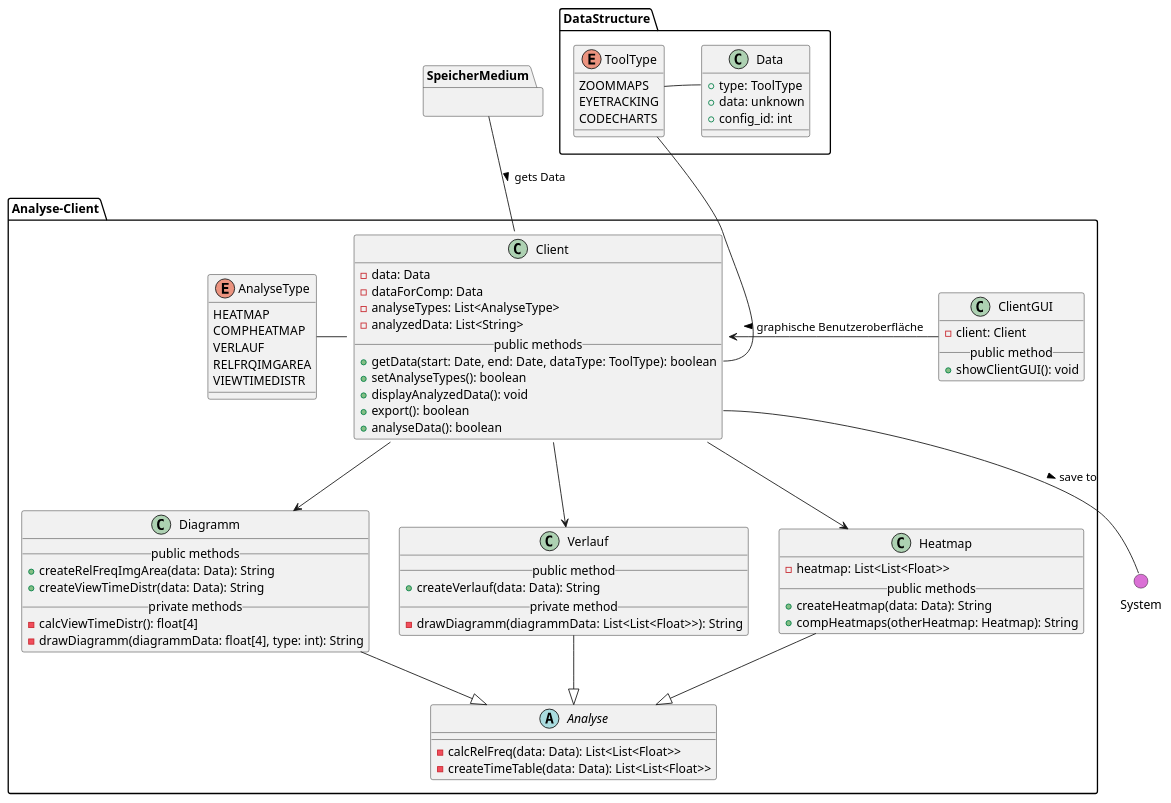
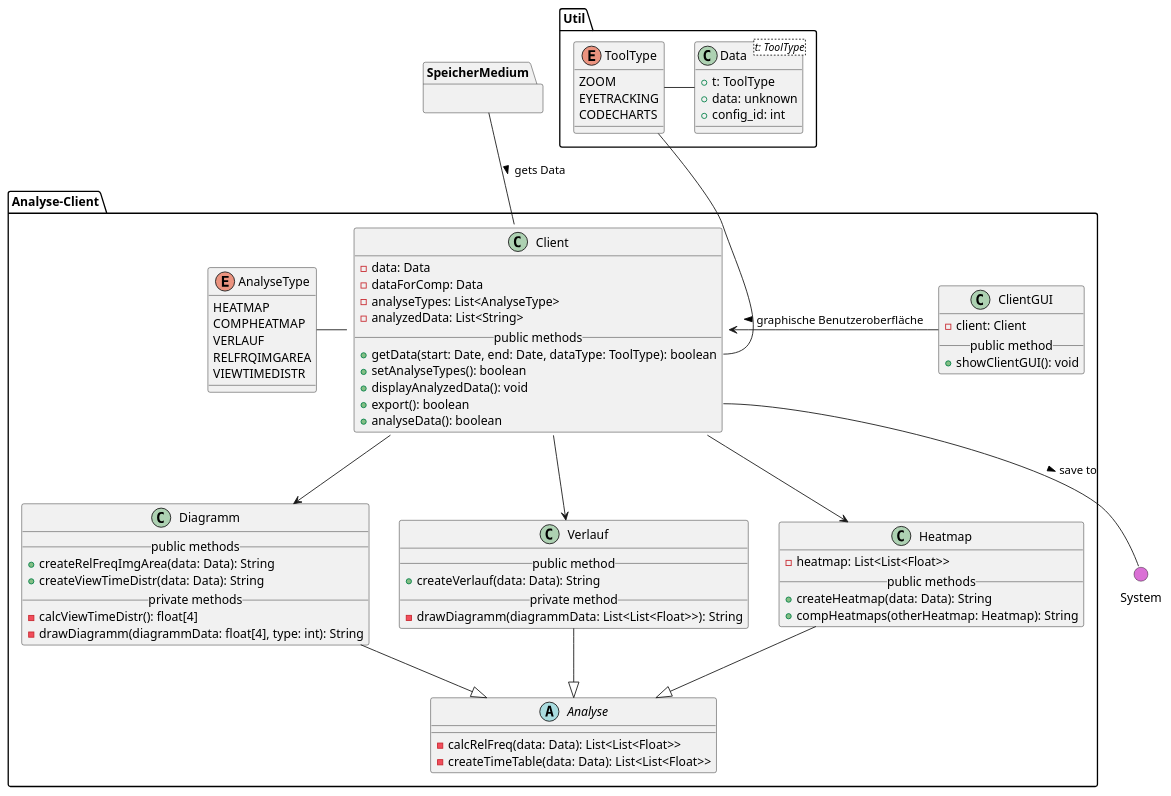
The diagram in meilenstein_03/uml-analyse-client/analyseclient.puml (weichware10/meilensteine), drawn with PlantUML before and after one commit.

Commit message:
HInzufügen Klasse Util & Änderung Klasse Data

```diff
--- a/meilenstein_03/uml-analyse-client/analyseclient.puml
+++ b/meilenstein_03/uml-analyse-client/analyseclient.puml
@@ -1,112 +1,112 @@
 @startuml analyseclient
 
 ' === ANALYSE CLIENT ===
 package Analyse-Client{
   
   ' Client
   class Client {
     - data: Data
     - dataForComp: Data
     - analyseTypes: List<AnalyseType>
     - analyzedData: List<String>
     __public methods__
     + getData(start: Date, end: Date, dataType: ToolType): boolean
     + setAnalyseTypes(): boolean
     + displayAnalyzedData(): void
     + export(): boolean
     + analyseData(): boolean
   }
 
   ' Analyse
   abstract Analyse {
     - calcRelFreq(data: Data): List<List<Float>>
     - createTimeTable(data: Data): List<List<Float>>
   }
 
   ' Heatmap
   class Heatmap {
     - heatmap: List<List<Float>>
     __public methods__
     + createHeatmap(data: Data): String
     + compHeatmaps(otherHeatmap: Heatmap): String
   }
 
   ' Verlauf
   class Verlauf {
     __public method__
     + createVerlauf(data: Data): String
     __private method__
     - drawDiagramm(diagrammData: List<List<Float>>): String
   }
 
   ' Diagramm
   class Diagramm {
     __public methods__
     + createRelFreqImgArea(data: Data): String
     + createViewTimeDistr(data: Data): String
     __private methods__
     - calcViewTimeDistr(): float[4]
     - drawDiagramm(diagrammData: float[4], type: int): String
   }
 
   ' Type
   enum AnalyseType {
     HEATMAP
     COMPHEATMAP
     VERLAUF
     RELFRQIMGAREA
     VIEWTIMEDISTR
   }
 
   ' ClientGUI
   class ClientGUI {
     - client: Client
     __public method__
     + showClientGUI(): void
   }
 
   ' Vererbung
   Analyse <|-u- Heatmap
   Analyse <|-u- Verlauf
   Analyse <|-u- Diagramm
 
   ' Interaktionen
   Client -d-> Heatmap 
   Client -d-> Verlauf
   Client -d-> Diagramm
   Client -l- AnalyseType
   Client <-r- ClientGUI : < graphische Benutzeroberfläche
 
 }
 
 ' Blackbox
 package SpeicherMedium {}
 
-package DataStructure {
+package Util {
   
   ' Typen der erhobenen Daten
   enum ToolType {
-    ZOOMMAPS
+    ZOOM
     EYETRACKING
     CODECHARTS
   }
 
   ' Daten
-  class Data {
-    + type: ToolType
+  class Data<t: ToolType> {
+    + t: ToolType
     + data: unknown
     + config_id: int
   }
 
   ' Interaktionen
-  Data::type -l- ToolType
+  Data -l- ToolType
 }
 
 () System #DA70D5
 
 ' Interaktionen
 Client::getData -u- ToolType
 Client::export -- System: > save to
 Client -u- SpeicherMedium : < gets Data
 
 @enduml
```
